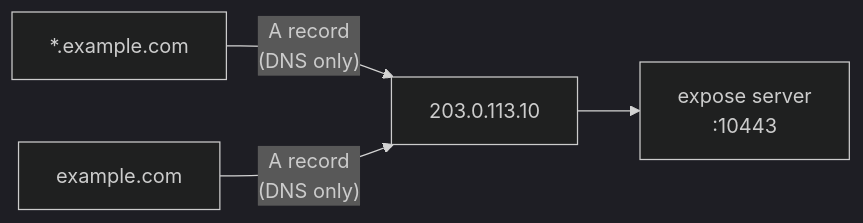
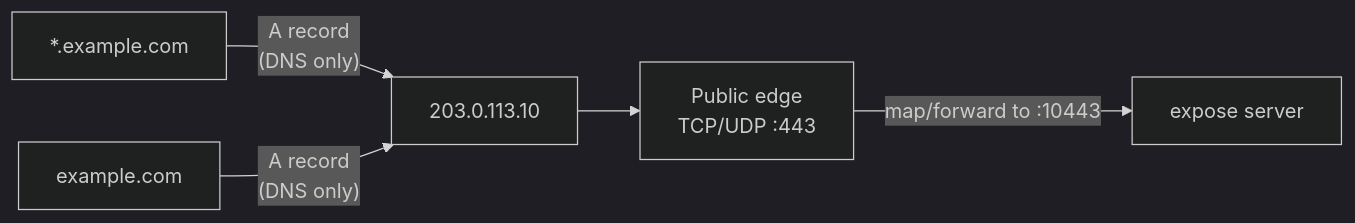
One commit to koltyakov/expose changed the diagram in docs/dns-cloudflare.md. Above: the diagram before and after it, drawn with Mermaid (dark theme). The commit also changed 24 other files, not shown here.

````diff
--- a/docs/dns-cloudflare.md
+++ b/docs/dns-cloudflare.md
@@ -38,6 +38,7 @@
 ```mermaid
 flowchart LR
     A["*.example.com"] -- "A record<br/>(DNS only)" --> IP["203.0.113.10"]
     B["example.com"] -- "A record<br/>(DNS only)" --> IP
-    IP --> Expose["expose server<br/>:10443"]
+    IP --> Edge["Public edge<br/>TCP/UDP :443"]
+    Edge -- "map/forward to :10443" --> Expose["expose server"]
 ```
````
